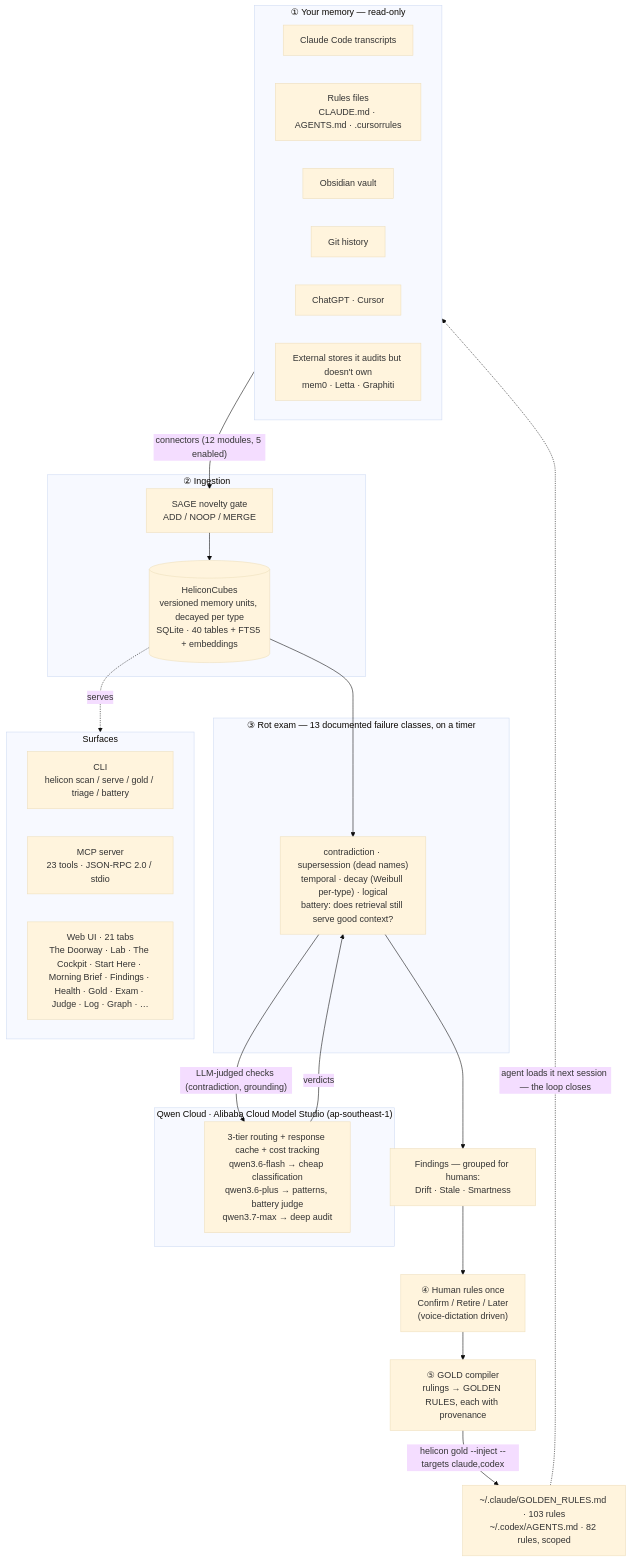
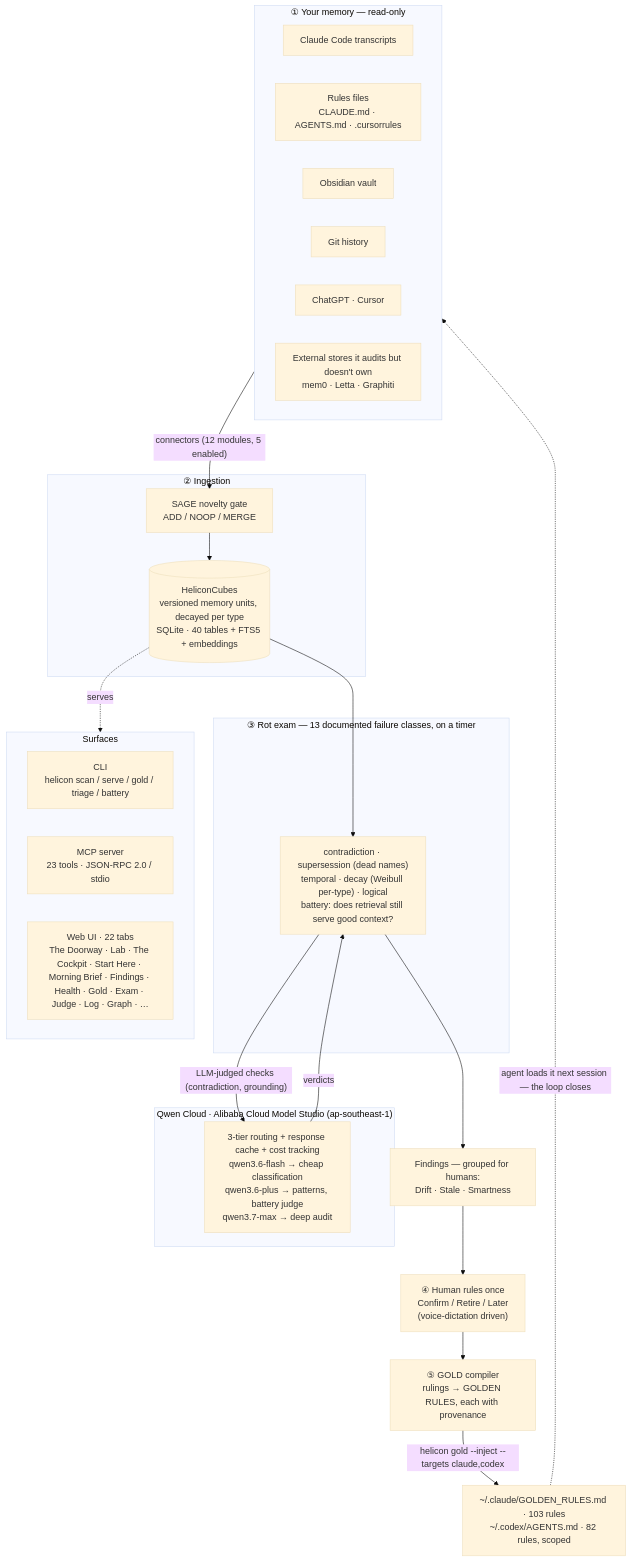
One commit to Morkeeth/mountain-of-helicon changed the first of 2 diagrams in ARCHITECTURE.md. Above: the diagram before and after it, drawn with Mermaid (base theme). The commit also changed 4 other files, not shown here.

````diff
--- a/ARCHITECTURE.md
+++ b/ARCHITECTURE.md
@@ -11,45 +11,45 @@
 ```mermaid
 flowchart TD
   subgraph SRC["① Your memory — read-only"]
     A1["Claude Code transcripts"]
     A2["Rules files<br/>CLAUDE.md · AGENTS.md · .cursorrules"]
     A3["Obsidian vault"]
     A4["Git history"]
     A5["ChatGPT · Cursor"]
     A6["External stores it audits but doesn't own<br/>mem0 · Letta · Graphiti"]
   end
 
   SRC -->|"connectors (12 modules, 5 enabled)"| GATE
 
   subgraph INGEST["② Ingestion"]
     GATE["SAGE novelty gate<br/>ADD / NOOP / MERGE"]
     CUBES[("HeliconCubes<br/>versioned memory units, decayed per type<br/>SQLite · 40 tables + FTS5 + embeddings")]
     GATE --> CUBES
   end
 
   CUBES --> EXAM
 
   subgraph AUDIT["③ Rot exam — 13 documented failure classes, on a timer"]
     EXAM["contradiction · supersession (dead names)<br/>temporal · decay (Weibull per-type) · logical<br/>battery: does retrieval still serve good context?"]
   end
 
   EXAM -->|"LLM-judged checks (contradiction, grounding)"| QWEN
   QWEN -->|verdicts| EXAM
 
   subgraph QWENC["Qwen Cloud · Alibaba Cloud Model Studio (ap-southeast-1)"]
     QWEN["3-tier routing + response cache + cost tracking<br/>qwen3.6-flash → cheap classification<br/>qwen3.6-plus → patterns, battery judge<br/>qwen3.7-max → deep audit"]
   end
 
   EXAM --> FIND["Findings — grouped for humans:<br/>Drift · Stale · Smartness"]
   FIND --> HUMAN["④ Human rules once<br/>Confirm / Retire / Later<br/>(voice-dictation driven)"]
   HUMAN --> GOLD["⑤ GOLD compiler<br/>rulings → GOLDEN RULES, each with provenance"]
   GOLD -->|"helicon gold --inject --targets claude,codex"| INJECT["~/.claude/GOLDEN_RULES.md · 103 rules<br/>~/.codex/AGENTS.md · 82 rules, scoped"]
   INJECT -.->|"agent loads it next session — the loop closes"| SRC
 
   CUBES -.serves.-> SURF
   subgraph SURF["Surfaces"]
     CLI["CLI<br/>helicon scan / serve / gold / triage / battery"]
     MCP["MCP server<br/>23 tools · JSON-RPC 2.0 / stdio"]
-    WEB["Web UI · 21 tabs<br/>The Doorway · Lab · The Cockpit · Start Here · Morning Brief · Findings · Health · Gold · Exam · Judge · Log · Graph · …"]
+    WEB["Web UI · 22 tabs<br/>The Doorway · Lab · The Cockpit · Start Here · Morning Brief · Findings · Health · Gold · Exam · Judge · Log · Graph · …"]
   end
 ```
````
